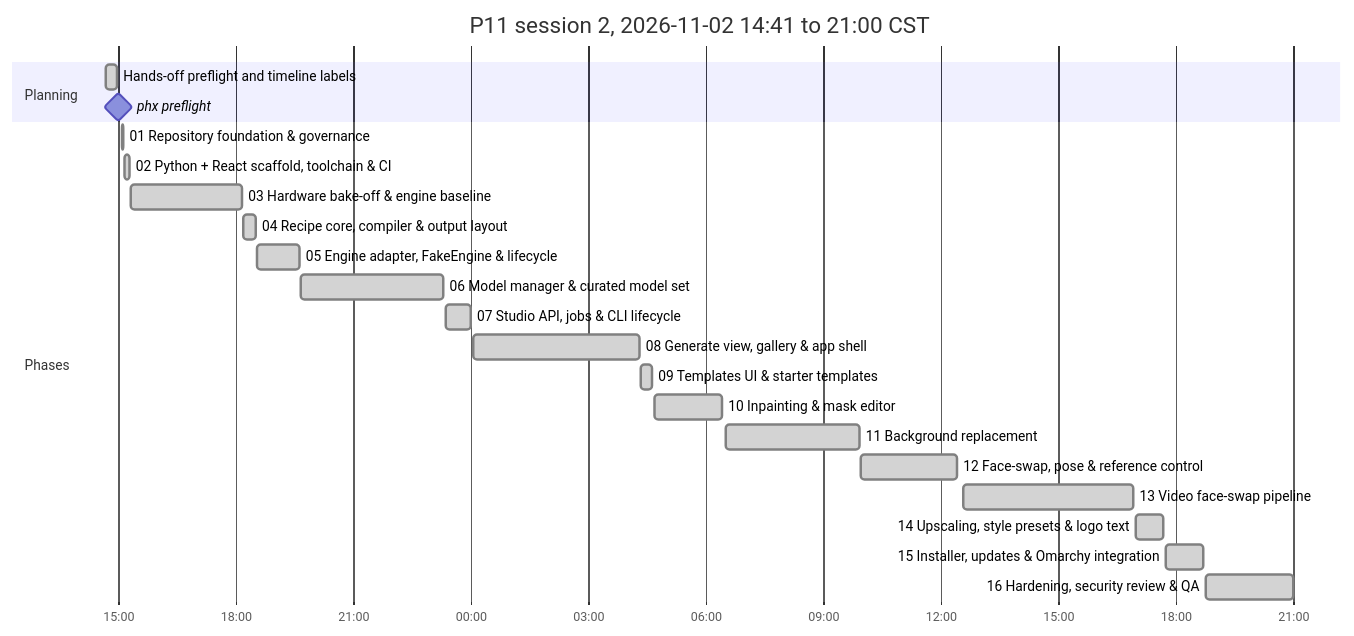
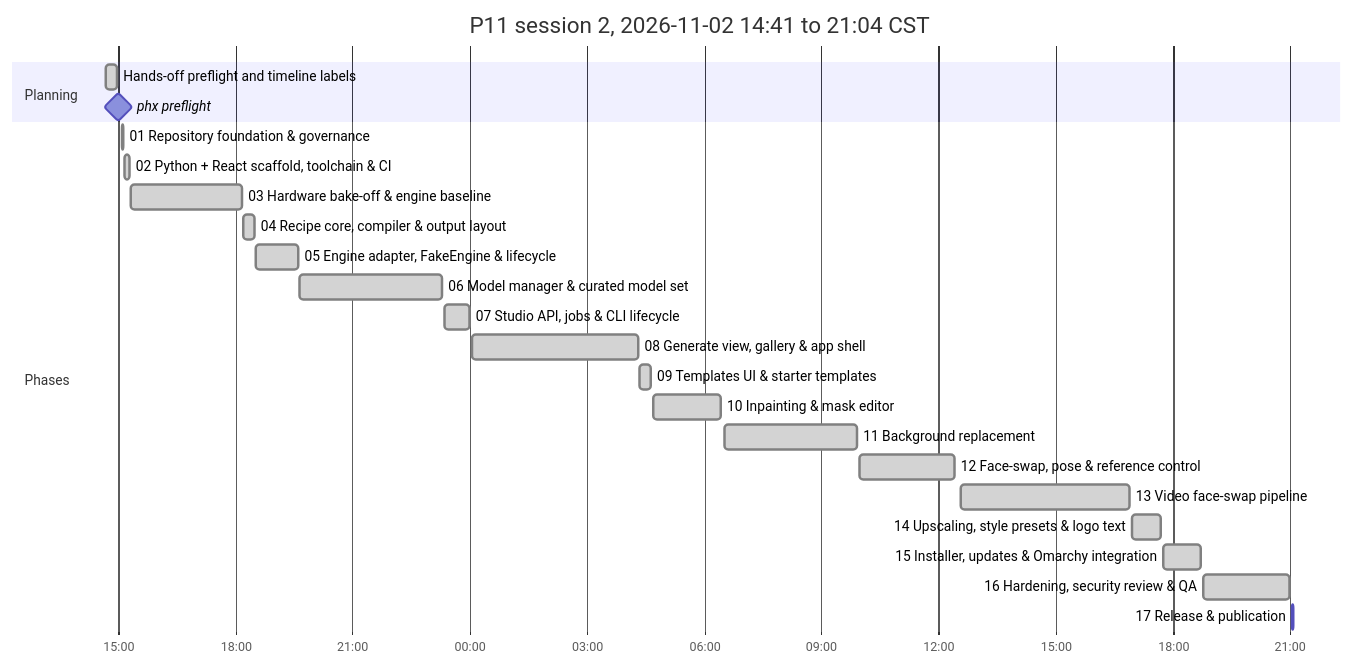
The second of 2 diagrams in P11_IMPLEMENTATION_PLAN.md (antonizick/project1111), drawn with Mermaid before and after one commit. The commit also changed other lines of this file and 1 other file, not shown here.

Commit message:
docs(plan): refresh timeline

````diff
--- a/P11_IMPLEMENTATION_PLAN.md
+++ b/P11_IMPLEMENTATION_PLAN.md
@@ -74,26 +74,27 @@
 ```mermaid
 gantt
-    title P11 session 2, 2026-11-02 14:41 to 21:00 CST
+    title P11 session 2, 2026-11-02 14:41 to 21:04 CST
     dateFormat YYYY-MM-DD HH:mm
     axisFormat %H:%M
     section Planning
     Hands-off preflight and timeline labels :done, plan3, 2026-11-02 14:41, 2026-11-02 14:59
     phx preflight :milestone, pf13ee0d5, 2026-11-02 15:00, 0m
     section Phases
     01 Repository foundation & governance :done, p01s2, 2026-11-02 15:05, 2026-11-02 15:08
     02 Python + React scaffold, toolchain & CI :done, p02s2, 2026-11-02 15:09, 2026-11-02 15:18
     03 Hardware bake-off & engine baseline :done, p03s2, 2026-11-02 15:19, 2026-11-02 18:10
     04 Recipe core, compiler & output layout :done, p04s2, 2026-11-02 18:12, 2026-11-02 18:30
     05 Engine adapter, FakeEngine & lifecycle :done, p05s2, 2026-11-02 18:32, 2026-11-02 19:37
     06 Model manager & curated model set :done, p06s2, 2026-11-02 19:39, 2026-11-02 23:18
     07 Studio API, jobs & CLI lifecycle :done, p07s2, 2026-11-02 23:21, 2026-11-03 00:00
     08 Generate view, gallery & app shell :done, p08s2, 2026-11-03 00:03, 2026-11-03 04:18
     09 Templates UI & starter templates :done, p09s2, 2026-11-03 04:21, 2026-11-03 04:38
     10 Inpainting & mask editor :done, p10s2, 2026-11-03 04:41, 2026-11-03 06:25
     11 Background replacement :done, p11s2, 2026-11-03 06:31, 2026-11-03 09:55
     12 Face-swap, pose & reference control :done, p12s2, 2026-11-03 09:58, 2026-11-03 12:25
     13 Video face-swap pipeline :done, p13s2, 2026-11-03 12:34, 2026-11-03 16:54
     14 Upscaling, style presets & logo text :done, p14s2, 2026-11-03 16:58, 2026-11-03 17:41
     15 Installer, updates & Omarchy integration :done, p15s2, 2026-11-03 17:45, 2026-11-03 18:42
     16 Hardening, security review & QA :done, p16s2, 2026-11-03 18:46, 2026-11-03 21:00
+    17 Release & publication :active, p17s2, 2026-11-03 21:04, 2026-11-03 21:05
 ```
````
